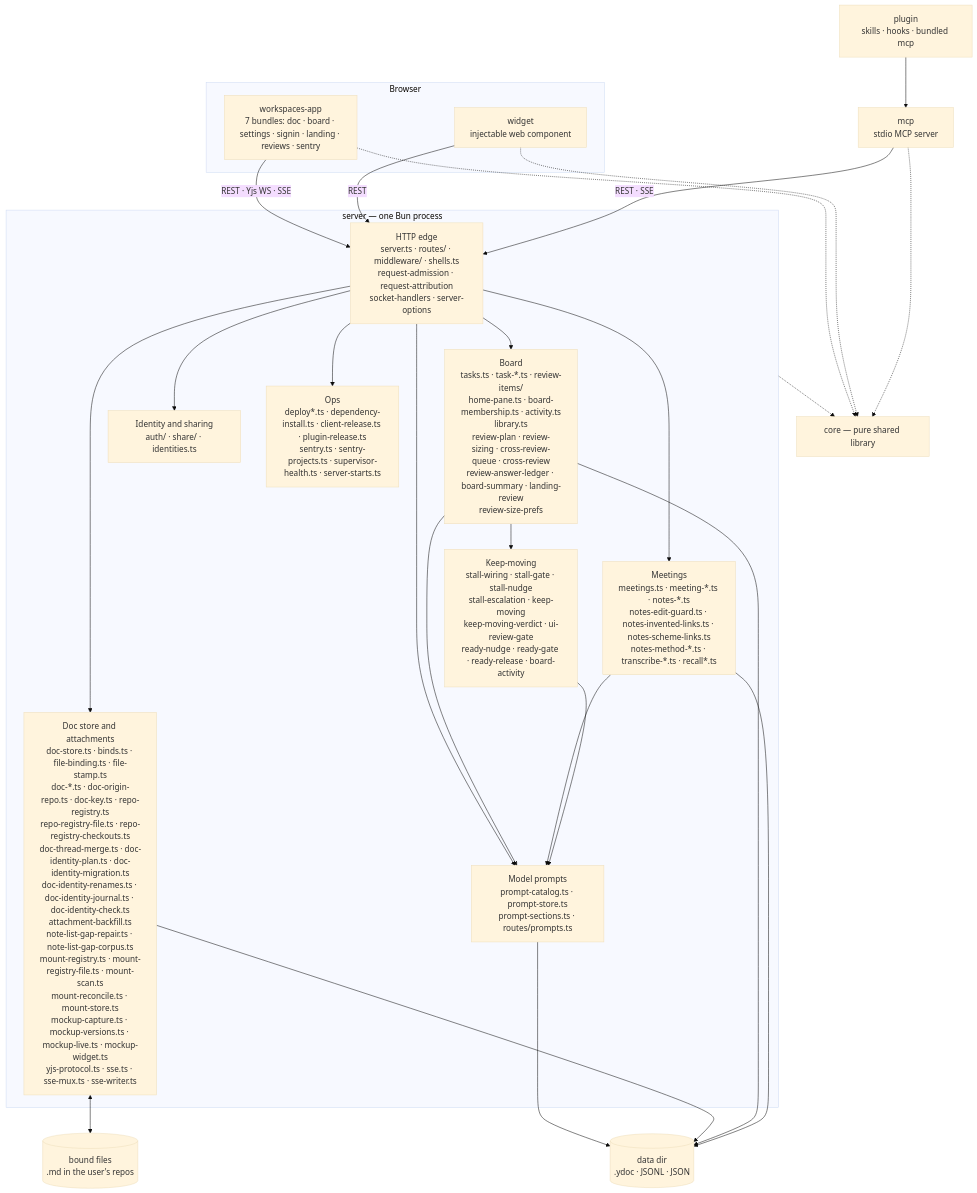
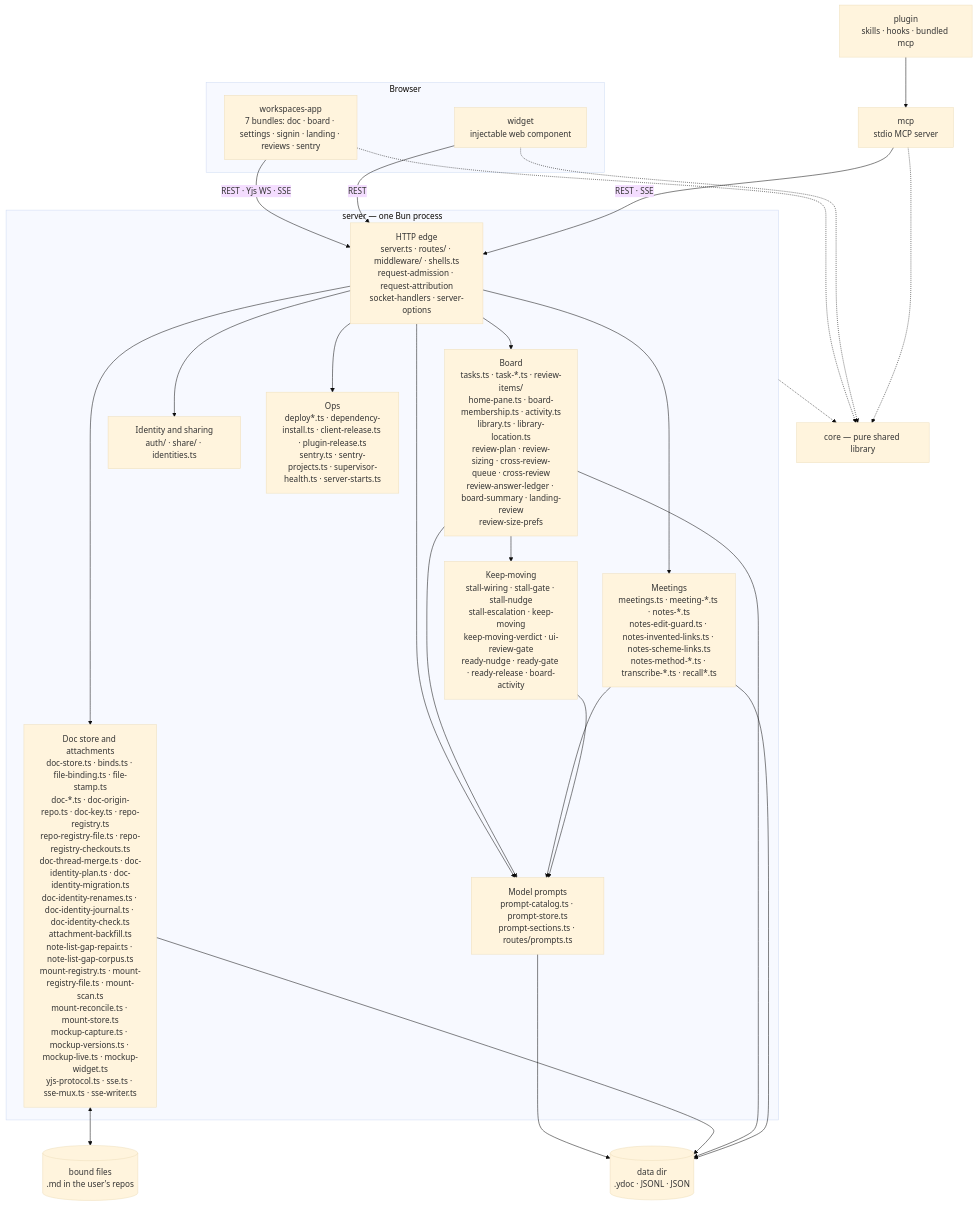
Before and after one commit to fryanpan/claude-workspaces-plugin: the first of 2 diagrams in docs/architecture/overview.md, drawn with Mermaid (base theme). The commit also changed other lines of this file and 6 other files, not shown here.

First line of the commit message:
The Library's items say where each board doc really lives, by type

````diff
--- a/docs/architecture/overview.md
+++ b/docs/architecture/overview.md
@@ -45,35 +45,35 @@
 ```mermaid
 flowchart TB
   subgraph browser[Browser]
     app["workspaces-app<br/>7 bundles: doc · board · settings · signin · landing · reviews · sentry"]
     wid["widget<br/>injectable web component"]
   end
   plug["plugin<br/>skills · hooks · bundled mcp"]
   mcp["mcp<br/>stdio MCP server"]
   subgraph srv["server — one Bun process"]
     edge["HTTP edge<br/>server.ts · routes/ · middleware/ · shells.ts<br/>request-admission · request-attribution<br/>socket-handlers · server-options"]
     docs["Doc store and attachments<br/>doc-store.ts · binds.ts · file-binding.ts · file-stamp.ts<br/>doc-*.ts · doc-origin-repo.ts · doc-key.ts · repo-registry.ts<br/>repo-registry-file.ts · repo-registry-checkouts.ts<br/>doc-thread-merge.ts · doc-identity-plan.ts · doc-identity-migration.ts<br/>doc-identity-renames.ts · doc-identity-journal.ts · doc-identity-check.ts<br/>attachment-backfill.ts<br/>note-list-gap-repair.ts · note-list-gap-corpus.ts<br/>mount-registry.ts · mount-registry-file.ts · mount-scan.ts<br/>mount-reconcile.ts · mount-store.ts<br/>mockup-capture.ts · mockup-versions.ts · mockup-live.ts · mockup-widget.ts<br/>yjs-protocol.ts · sse.ts · sse-mux.ts · sse-writer.ts"]
-    board["Board<br/>tasks.ts · task-*.ts · review-items/<br/>home-pane.ts · board-membership.ts · activity.ts<br/>library.ts<br/>review-plan · review-sizing · cross-review-queue · cross-review<br/>review-answer-ledger · board-summary · landing-review<br/>review-size-prefs"]
+    board["Board<br/>tasks.ts · task-*.ts · review-items/<br/>home-pane.ts · board-membership.ts · activity.ts<br/>library.ts · library-location.ts<br/>review-plan · review-sizing · cross-review-queue · cross-review<br/>review-answer-ledger · board-summary · landing-review<br/>review-size-prefs"]
     meet["Meetings<br/>meetings.ts · meeting-*.ts · notes-*.ts<br/>notes-edit-guard.ts · notes-invented-links.ts · notes-scheme-links.ts<br/>notes-method-*.ts · transcribe-*.ts · recall*.ts"]
     keep["Keep-moving<br/>stall-wiring · stall-gate · stall-nudge<br/>stall-escalation · keep-moving<br/>keep-moving-verdict · ui-review-gate<br/>ready-nudge · ready-gate · ready-release · board-activity"]
     ident["Identity and sharing<br/>auth/ · share/ · identities.ts"]
     prompts["Model prompts<br/>prompt-catalog.ts · prompt-store.ts<br/>prompt-sections.ts · routes/prompts.ts"]
     ops["Ops<br/>deploy*.ts · dependency-install.ts · client-release.ts · plugin-release.ts<br/>sentry.ts · sentry-projects.ts · supervisor-health.ts · server-starts.ts"]
   end
   core["core — pure shared library"]
   disk[("data dir<br/>.ydoc · JSONL · JSON")]
   files[("bound files<br/>.md in the user's repos")]
 
   app -->|"REST · Yjs WS · SSE"| edge
   wid -->|REST| edge
   plug --> mcp
   mcp -->|"REST · SSE"| edge
   edge --> docs & board & meet & ident & ops & prompts
   board & meet & keep --> prompts
   prompts --> disk
   board --> keep
   docs <--> files
   docs & board & meet --> disk
   app & wid & mcp -.-> core
   srv -.-> core
 ```
````
